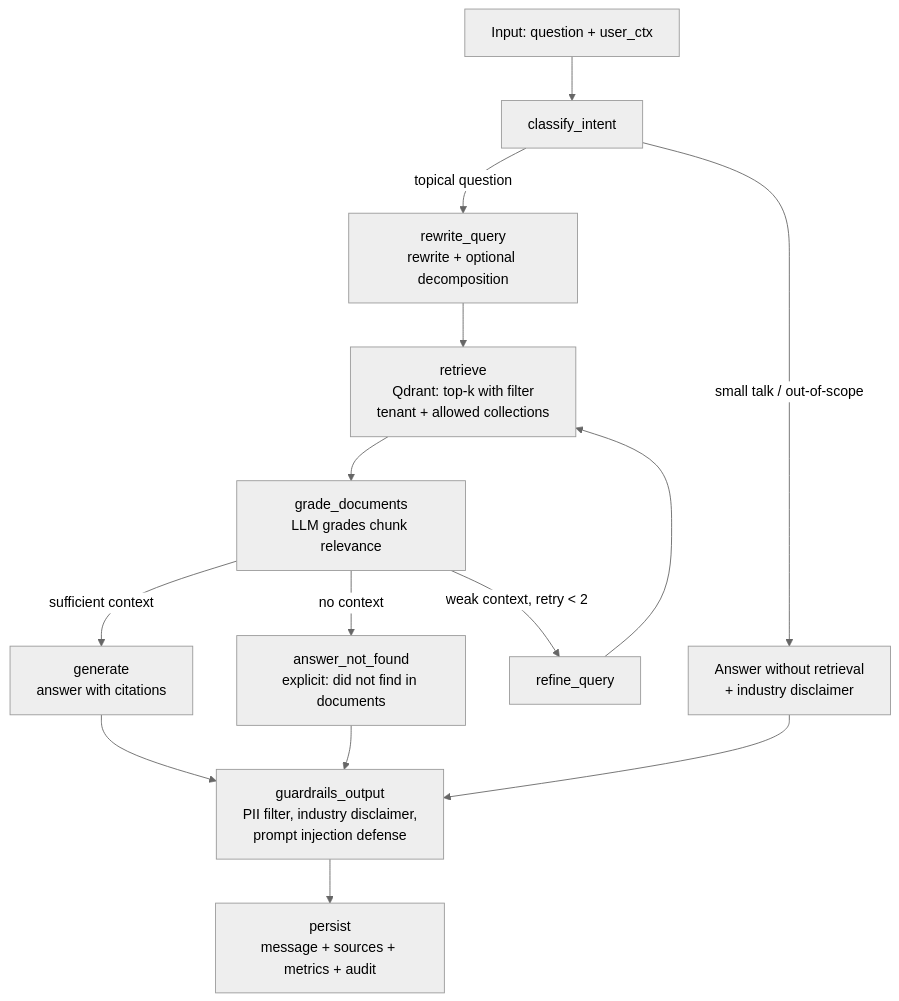
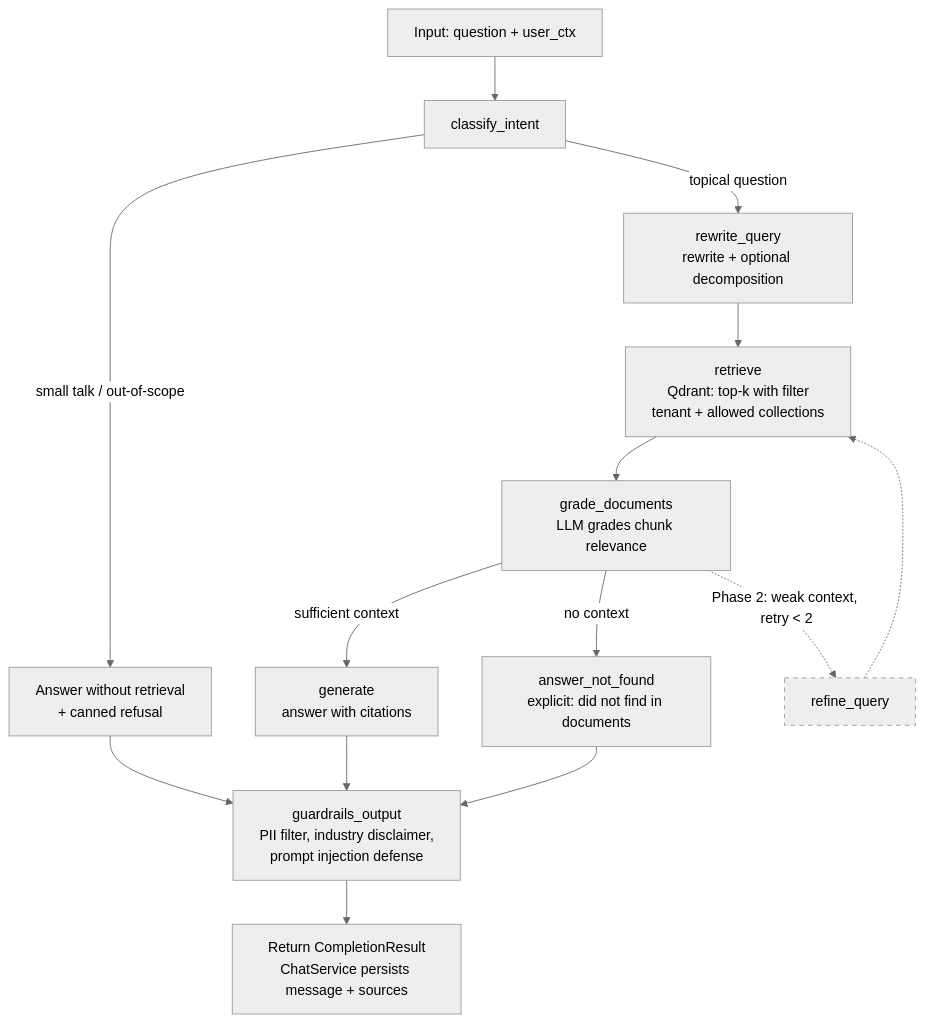
The sixth of 8 diagrams in docs/architecture.md (bwolak94/rag-panel), drawn with Mermaid (neutral theme) before and after one commit. The commit also changed other lines of this file and 37 other files, not shown here.

Commit message:
feat: implement query graph

````diff
--- a/docs/architecture.md
+++ b/docs/architecture.md
@@ -382,15 +382,17 @@
 ```mermaid
 graph TD
     A[Input: question + user_ctx] --> B[classify_intent]
-    B -->|small talk / out-of-scope| Z[Answer without retrieval<br/>+ industry disclaimer]
+    B -->|small talk / out-of-scope| Z[Answer without retrieval<br/>+ canned refusal]
     B -->|topical question| C[rewrite_query<br/>rewrite + optional decomposition]
     C --> D[retrieve<br/>Qdrant: top-k with filter<br/>tenant + allowed collections]
     D --> E[grade_documents<br/>LLM grades chunk relevance]
     E -->|sufficient context| F[generate<br/>answer with citations]
-    E -->|weak context, retry < 2| C2[refine_query] --> D
     E -->|no context| G[answer_not_found<br/>explicit: did not find in documents]
     F --> H[guardrails_output<br/>PII filter, industry disclaimer,<br/>prompt injection defense]
     G --> H
     Z --> H
-    H --> I[persist<br/>message + sources + metrics + audit]
+    H --> I[Return CompletionResult<br/>ChatService persists message + sources]
+
+    style C2 stroke-dasharray: 5 5
+    E -.->|Phase 2: weak context, retry < 2| C2[refine_query] -.-> D
 ```
````
